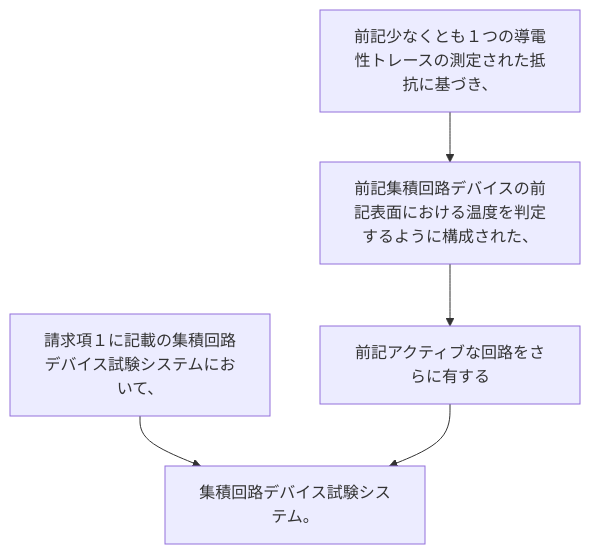
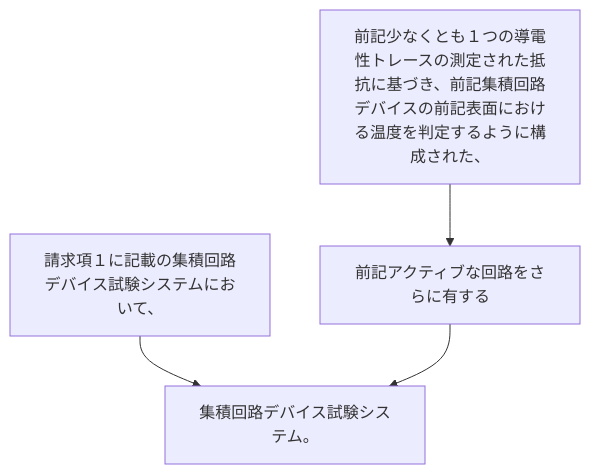
The diagram in 2024/JP2024023283A/claim_14/README.md (shinmori55/patent_analyzed), drawn with Mermaid before and after one commit. The commit also changed 336 other files, not shown here.

````diff
--- a/2024/JP2024023283A/claim_14/README.md
+++ b/2024/JP2024023283A/claim_14/README.md
@@ -3,12 +3,10 @@
 ```mermaid
 flowchart TD
 A[請求項１に記載の集積回路デバイス試験システムにおいて、]
-B[前記少なくとも１つの導電性トレースの測定された抵抗に基づき、]
-C[前記集積回路デバイスの前記表面における温度を判定するように構成された、]
-D[前記アクティブな回路をさらに有する]
-E[集積回路デバイス試験システム。]
-A --> E
+B[前記少なくとも１つの導電性トレースの測定された抵抗に基づき、前記集積回路デバイスの前記表面における温度を判定するように構成された、]
+C[前記アクティブな回路をさらに有する]
+D[集積回路デバイス試験システム。]
+A --> D
 B --> C
 C --> D
-D --> E
 ```
````
